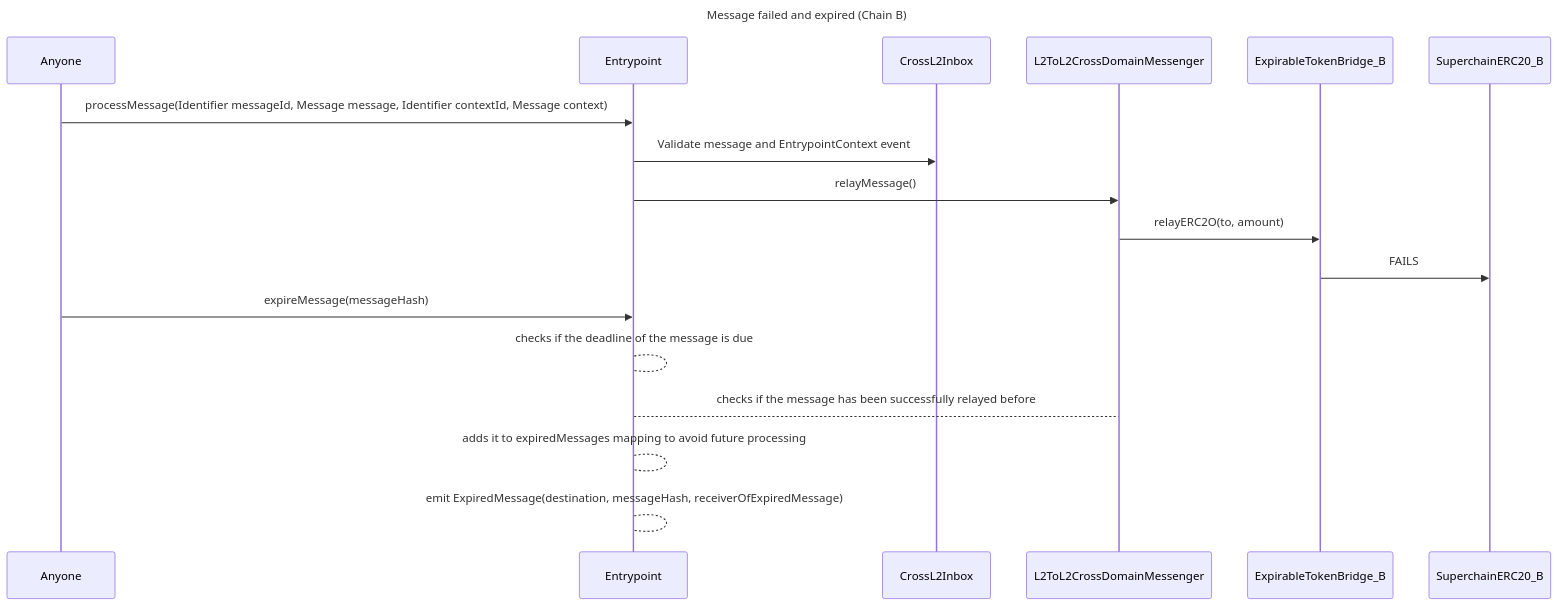
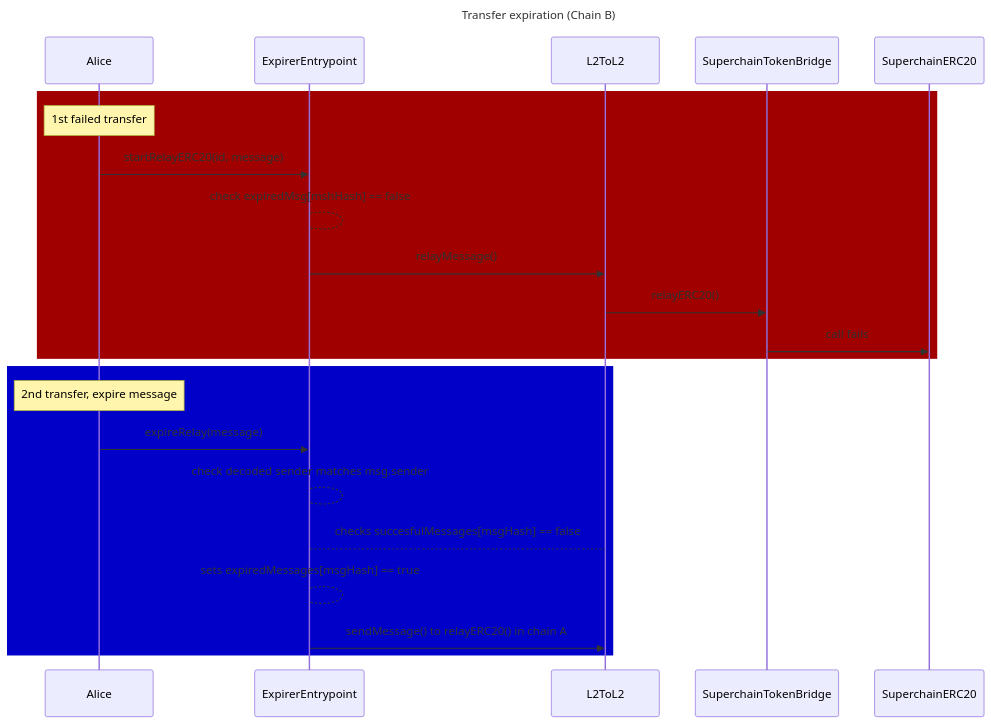
One commit to ethereum-optimism/design-docs changed the first of 2 diagrams in protocol/messaging/entrypoints.md. Above: the diagram before and after it, drawn with Mermaid. The commit also changed other lines of this file, not shown here.

````diff
--- a/protocol/messaging/entrypoints.md
+++ b/protocol/messaging/entrypoints.md
@@ -110,16 +79,22 @@
 ```mermaid
 sequenceDiagram
+title Transfer expiration (Chain B)
 
-title Message failed and expired (Chain B)
+rect rgb(160, 0, 0)
+Note over Alice: 1st failed transfer
+Alice ->> ExpirerEntrypoint: startRelayERC20(id, message)
+ExpirerEntrypoint --> ExpirerEntrypoint: check expiredMsg[mshHash] == false
+ExpirerEntrypoint ->> L2ToL2: relayMessage()
+L2ToL2 ->> SuperchainTokenBridge: relayERC20()
+SuperchainTokenBridge ->> SuperchainERC20: call fails
+end
 
-Anyone->>Entrypoint: processMessage(Identifier messageId, Message message, Identifier contextId, Message context)
-Entrypoint->>CrossL2Inbox: Validate message and EntrypointContext event
-Entrypoint->>L2ToL2CrossDomainMessenger: relayMessage()
-L2ToL2CrossDomainMessenger->>ExpirableTokenBridge_B: relayERC2O(to, amount)
-ExpirableTokenBridge_B->>SuperchainERC20_B: FAILS
-Anyone->>Entrypoint: expireMessage(messageHash)
-Entrypoint-->Entrypoint: checks if the deadline of the message is due
-Entrypoint-->L2ToL2CrossDomainMessenger: checks if the message has been successfully relayed before
-Entrypoint-->Entrypoint: adds it to expiredMessages mapping to avoid future processing
-Entrypoint-->Entrypoint: emit ExpiredMessage(destination, messageHash, receiverOfExpiredMessage)
+rect rgb(0, 0, 200)
+Note over Alice: 2nd transfer, expire message
+Alice ->> ExpirerEntrypoint: expireRelay(message)
+ExpirerEntrypoint --> ExpirerEntrypoint: check decoded sender matches msg.sender
+ExpirerEntrypoint --> L2ToL2: checks succesfulMessages[msgHash] == false
+ExpirerEntrypoint --> ExpirerEntrypoint: sets expiredMessages[msgHash] == true
+ExpirerEntrypoint ->> L2ToL2: sendMessage() to relayERC20() in chain A
+end
 ```
````
